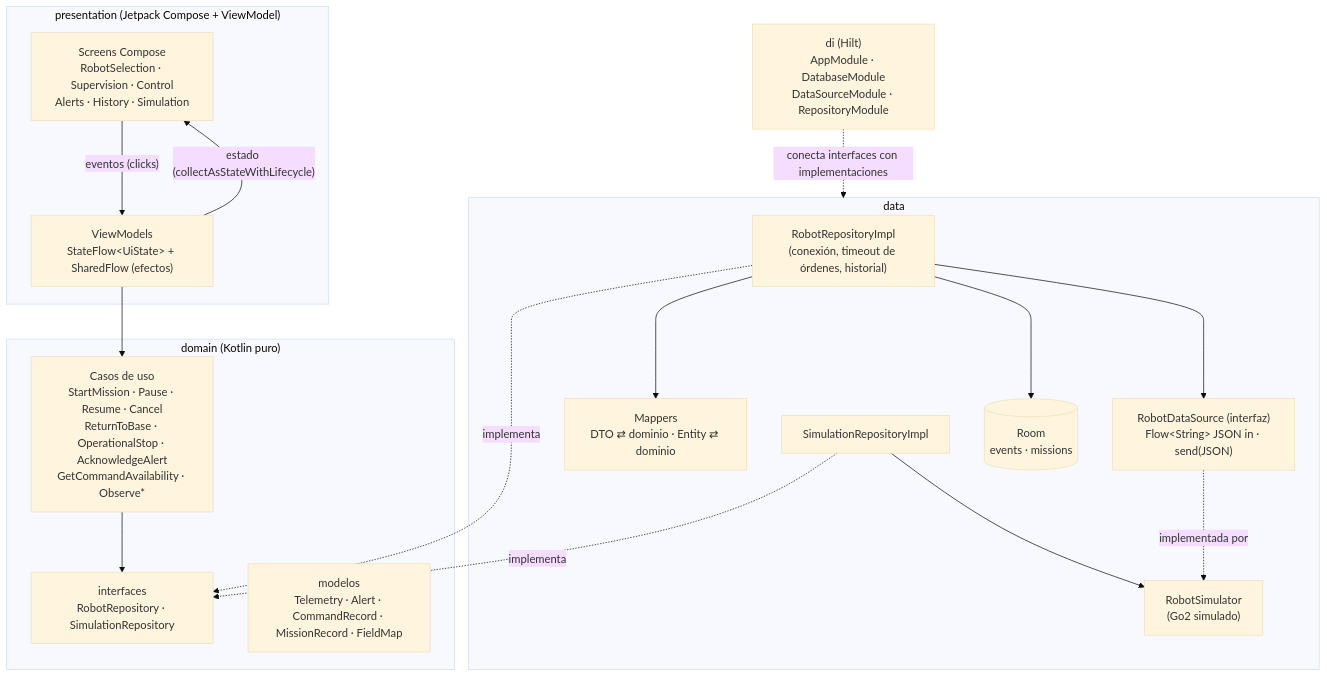
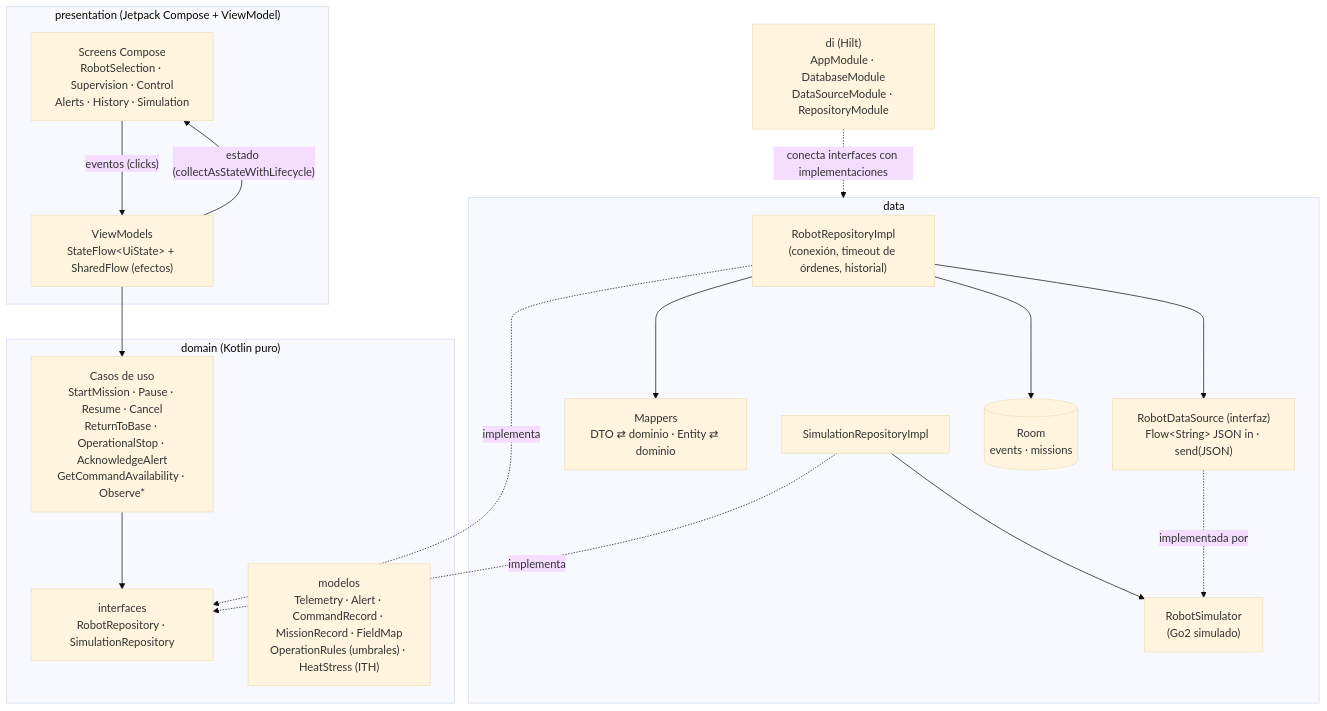
The first of 3 diagrams in docs/arquitectura.md (JuanCBSerra/tp-robot), drawn with Mermaid (base theme) before and after one commit. The commit also changed other lines of this file and 3 other files, not shown here.

````diff
--- a/docs/arquitectura.md
+++ b/docs/arquitectura.md
@@ -6,36 +6,36 @@
 ```mermaid
 flowchart TB
     subgraph presentation["presentation (Jetpack Compose + ViewModel)"]
         UI["Screens Compose<br/>RobotSelection · Supervision · Control<br/>Alerts · History · Simulation"]
         VM["ViewModels<br/>StateFlow&lt;UiState&gt; + SharedFlow (efectos)"]
         UI -- "eventos (clicks)" --> VM
         VM -- "estado (collectAsStateWithLifecycle)" --> UI
     end
 
     subgraph domain["domain (Kotlin puro)"]
         UC["Casos de uso<br/>StartMission · Pause · Resume · Cancel<br/>ReturnToBase · OperationalStop · AcknowledgeAlert<br/>GetCommandAvailability · Observe*"]
         REPO_I["interfaces<br/>RobotRepository · SimulationRepository"]
-        MODEL["modelos<br/>Telemetry · Alert · CommandRecord · MissionRecord · FieldMap"]
+        MODEL["modelos<br/>Telemetry · Alert · CommandRecord · MissionRecord · FieldMap<br/>OperationRules (umbrales) · HeatStress (ITH)"]
         UC --> REPO_I
     end
 
     subgraph data["data"]
         REPO["RobotRepositoryImpl<br/>(conexión, timeout de órdenes, historial)"]
         SIMREPO["SimulationRepositoryImpl"]
         MAP["Mappers<br/>DTO ⇄ dominio · Entity ⇄ dominio"]
         DS["RobotDataSource (interfaz)<br/>Flow&lt;String&gt; JSON in · send(JSON)"]
         SIM["RobotSimulator<br/>(Go2 simulado)"]
         ROOM[("Room<br/>events · missions")]
         REPO --> MAP
         REPO --> DS
         REPO --> ROOM
         SIMREPO --> SIM
         DS -. "implementada por" .-> SIM
     end
 
     VM --> UC
     REPO -. "implementa" .-> REPO_I
     SIMREPO -. "implementa" .-> REPO_I
 
     DI["di (Hilt)<br/>AppModule · DatabaseModule<br/>DataSourceModule · RepositoryModule"] -. "conecta interfaces con implementaciones" .-> data
 ```
````
